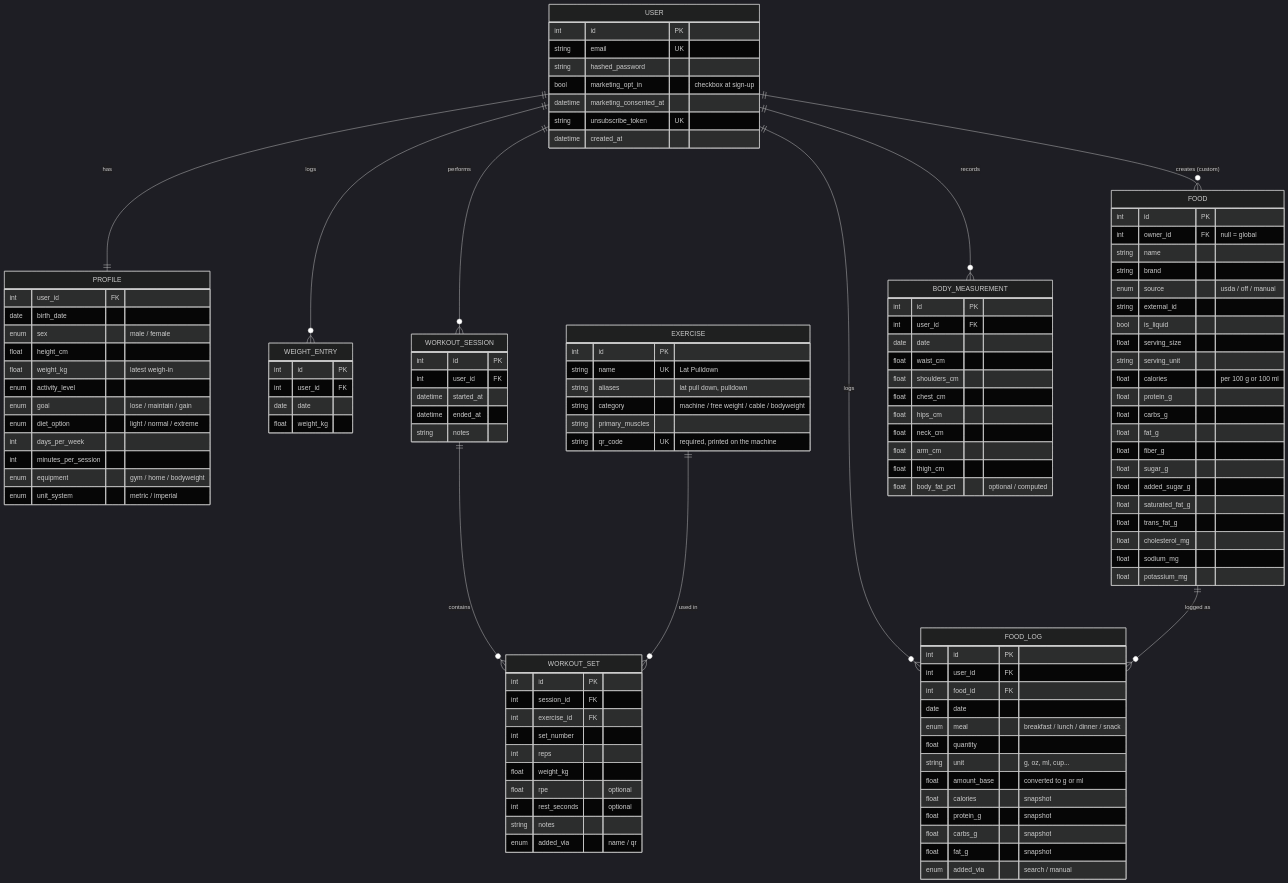
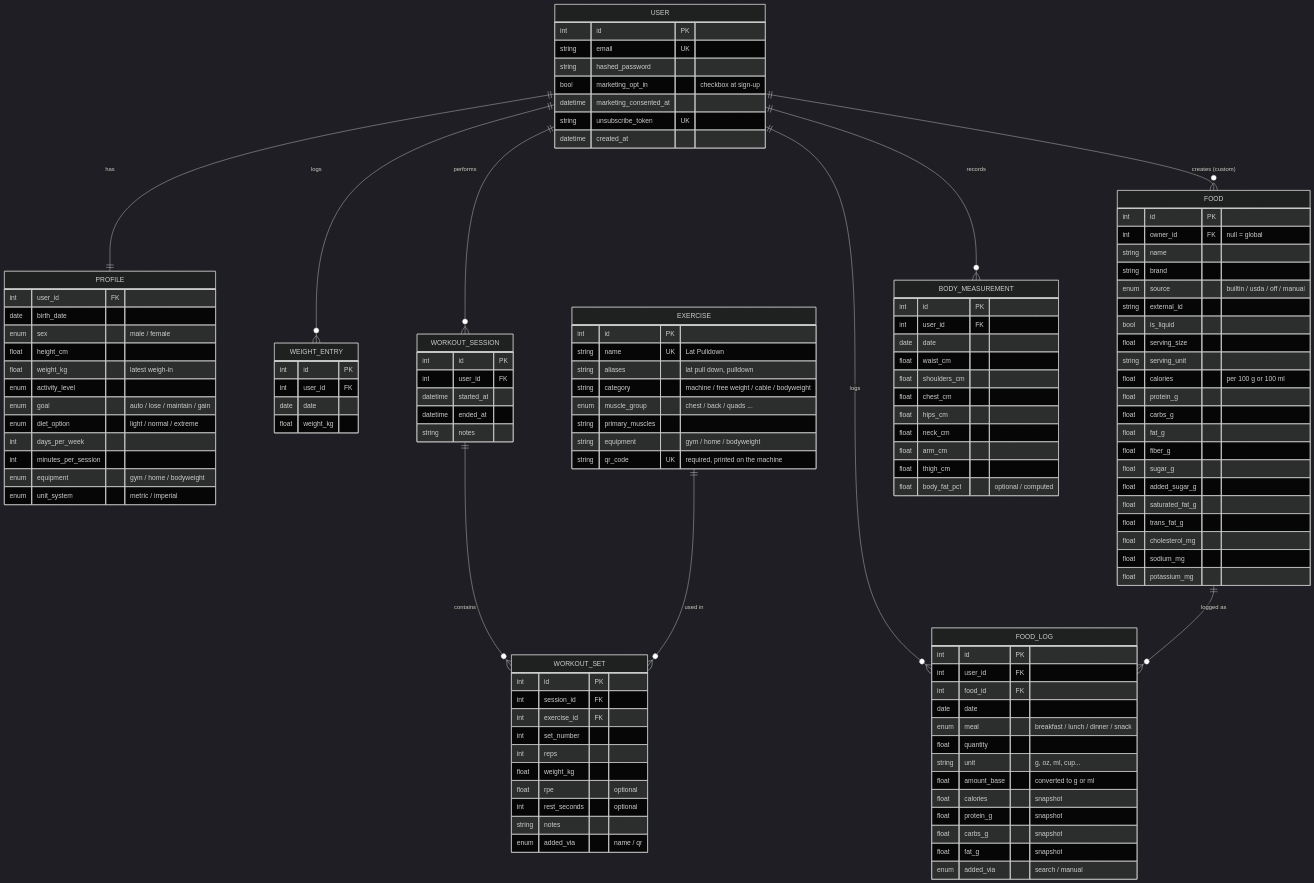
The second of 3 diagrams in fitness_app/ARCHITECTURE.md (EyadAlayed506/fastapi_tutorial), drawn with Mermaid (dark theme) before and after one commit. The commit also changed other lines of this file and 54 other files, not shown here.

```diff
--- a/fitness_app/ARCHITECTURE.md
+++ b/fitness_app/ARCHITECTURE.md
@@ -117,7 +119,7 @@
         float height_cm
         float weight_kg "latest weigh-in"
         enum activity_level
-        enum goal "lose / maintain / gain"
+        enum goal "auto / lose / maintain / gain"
         enum diet_option "light / normal / extreme"
         int days_per_week
         int minutes_per_session
@@ -135,7 +137,9 @@
         string name UK "Lat Pulldown"
         string aliases "lat pull down, pulldown"
         string category "machine / free weight / cable / bodyweight"
+        enum muscle_group "chest / back / quads ..."
         string primary_muscles
+        string equipment "gym / home / bodyweight"
         string qr_code UK "required, printed on the machine"
     }
     WORKOUT_SESSION {
@@ -162,7 +166,7 @@
         int owner_id FK "null = global"
         string name
         string brand
-        enum source "usda / off / manual"
+        enum source "builtin / usda / off / manual"
         string external_id
         bool is_liquid
         float serving_size
```
